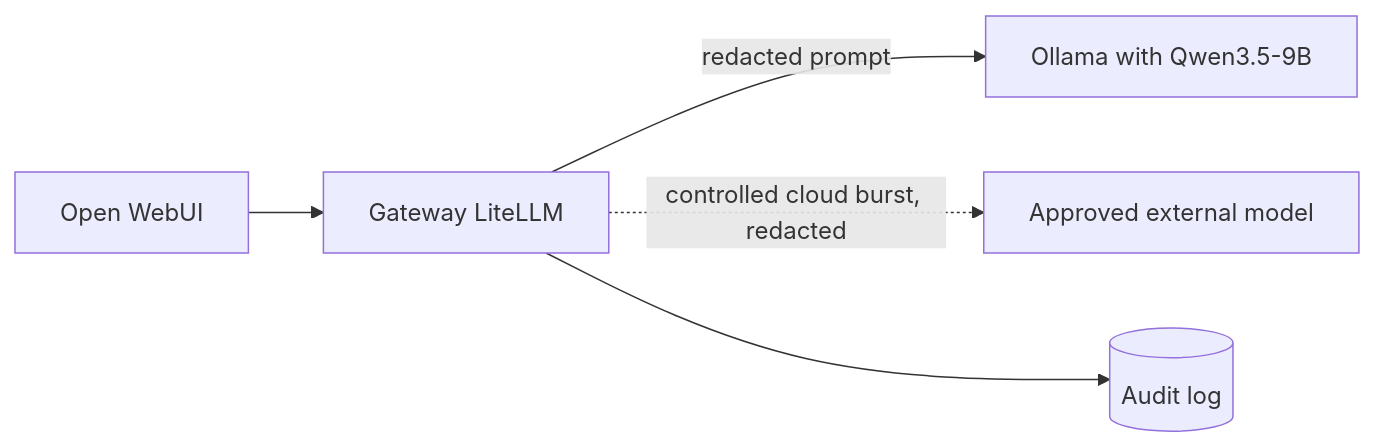
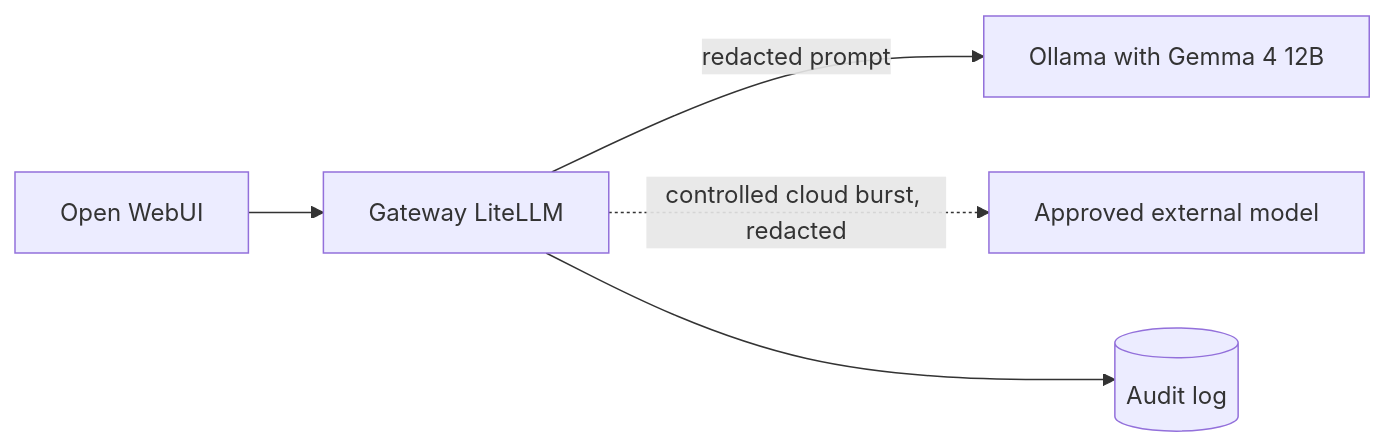
Before and after one commit to Commonwealth-of-Learning/Frugal-AI-KnowledgeBase: the diagram in docs/getting-started/ai-gateway.md, drawn with Mermaid. The commit also changed other lines of this file and 14 other files, not shown here.

````diff
--- a/docs/getting-started/ai-gateway.md
+++ b/docs/getting-started/ai-gateway.md
@@ -14,7 +14,7 @@
 ```mermaid
 flowchart LR
   A[Open WebUI] --> G[Gateway LiteLLM]
-  G -- redacted prompt --> L[Ollama with Qwen3.5-9B]
+  G -- redacted prompt --> L[Ollama with Gemma 4 12B]
   G -. controlled cloud burst, redacted .-> X[Approved external model]
   G --> Log[(Audit log)]
 ```
````
